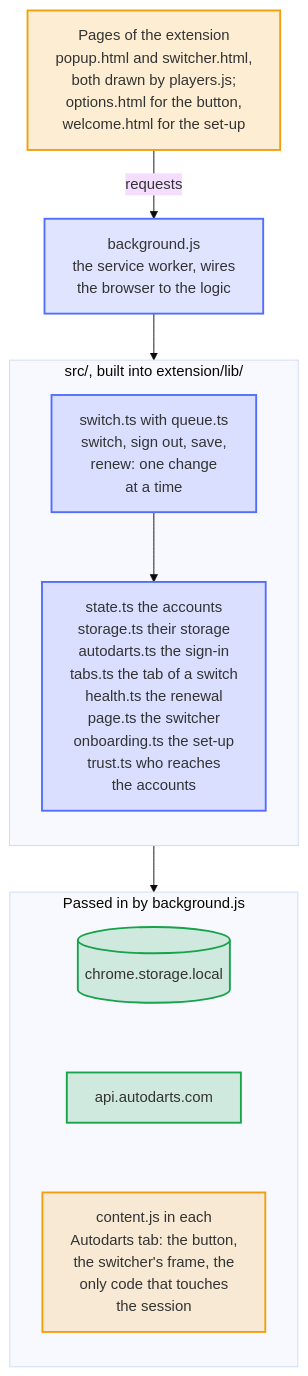
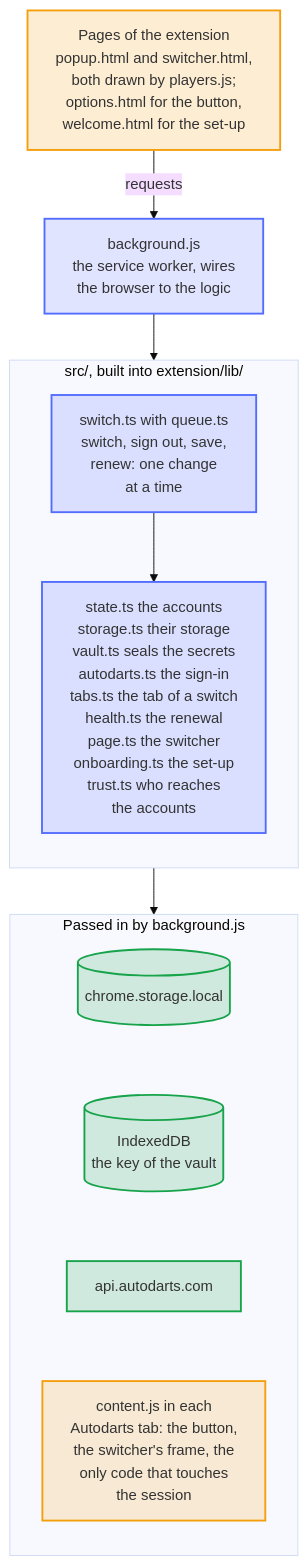
The diagram in docs/diagrams/architecture.mmd (Dennis-Otto/player-switch-for-autodarts), drawn with Mermaid (base theme) before and after one commit. The commit also changed 35 other files, not shown here.

First line of the commit message:
feat(security): encrypt the stored sessions and passwords with a key that never leaves the browser (#68)

```diff
--- a/docs/diagrams/architecture.mmd
+++ b/docs/diagrams/architecture.mmd
@@ -1,34 +1,35 @@
 ---
 config:
   flowchart:
     wrappingWidth: 400
 ---
 flowchart TB
     accTitle: How the code is laid out
-    accDescr: The popup and the switcher are pages of the extension that players.js draws, the options page keeps the settings of the button, and the welcome page guides the first set-up. They send their requests to background.js, the service worker, which wires the browser to the logic in src/, built into extension/lib/. There switch.ts makes every change of the accounts, one at a time through queue.ts, with state.ts for the saved accounts, storage.ts to store them with the version of their format, and autodarts.ts for the sign-in service of Autodarts; tabs.ts picks the Autodarts tab, health.ts plans the renewal and the badge, page.ts decides for the switcher, onboarding.ts for the first set-up and the bug report, and trust.ts who may send which request and who may read the storage. The logic reaches chrome.storage.local, api.autodarts.com and content.js only through what background.js passes in. content.js runs in each Autodarts tab, shows the button and the frame of the switcher, and is the only code that reads or writes the session of the page.
+    accDescr: The popup and the switcher are pages of the extension that players.js draws, the options page keeps the settings of the button, and the welcome page guides the first set-up. They send their requests to background.js, the service worker, which wires the browser to the logic in src/, built into extension/lib/. There switch.ts makes every change of the accounts, one at a time through queue.ts, with state.ts for the saved accounts, storage.ts to store them with the version of their format, vault.ts to seal their sessions and passwords, and autodarts.ts for the sign-in service of Autodarts; tabs.ts picks the Autodarts tab, health.ts plans the renewal and the badge, page.ts decides for the switcher, onboarding.ts for the first set-up and the bug report, and trust.ts who may send which request and who may read the storage. The logic reaches chrome.storage.local, the IndexedDB of the key, api.autodarts.com and content.js only through what background.js passes in. content.js runs in each Autodarts tab, shows the button and the frame of the switcher, and is the only code that reads or writes the session of the page.
 
     pages["Pages of the extension<br>popup.html and switcher.html,<br>both drawn by players.js;<br>options.html for the button,<br>welcome.html for the set-up"]
     worker["background.js<br>the service worker, wires<br>the browser to the logic"]
     subgraph lib ["src/, built into extension/lib/"]
         direction TB
         switch["switch.ts with queue.ts<br>switch, sign out, save,<br>renew: one change<br>at a time"]
-        parts["state.ts the accounts<br>storage.ts their storage<br>autodarts.ts the sign-in<br>tabs.ts the tab of a switch<br>health.ts the renewal<br>page.ts the switcher<br>onboarding.ts the set-up<br>trust.ts who reaches<br>the accounts"]
+        parts["state.ts the accounts<br>storage.ts their storage<br>vault.ts seals the secrets<br>autodarts.ts the sign-in<br>tabs.ts the tab of a switch<br>health.ts the renewal<br>page.ts the switcher<br>onboarding.ts the set-up<br>trust.ts who reaches<br>the accounts"]
         switch --> parts
     end
     subgraph ports ["Passed in by background.js"]
         direction TB
         storage[("chrome.storage.local")]
+        keys[("IndexedDB<br>the key of the vault")]
         api["api.autodarts.com"]
         content["content.js in each<br>Autodarts tab: the button,<br>the switcher's frame, the<br>only code that touches<br>the session"]
-        storage ~~~ api ~~~ content
+        storage ~~~ keys ~~~ api ~~~ content
     end
 
     pages -- "requests" --> worker --> lib
     lib --> ports
 
     classDef bot fill:#526cfe2e,stroke:#526cfe,stroke-width:2px
     classDef done fill:#16a34a2e,stroke:#16a34a,stroke-width:2px
     classDef person fill:#f59e0b2e,stroke:#f59e0b,stroke-width:2px
     class pages,content person
     class worker,switch,parts bot
-    class storage,api done
+    class storage,keys,api done
```
